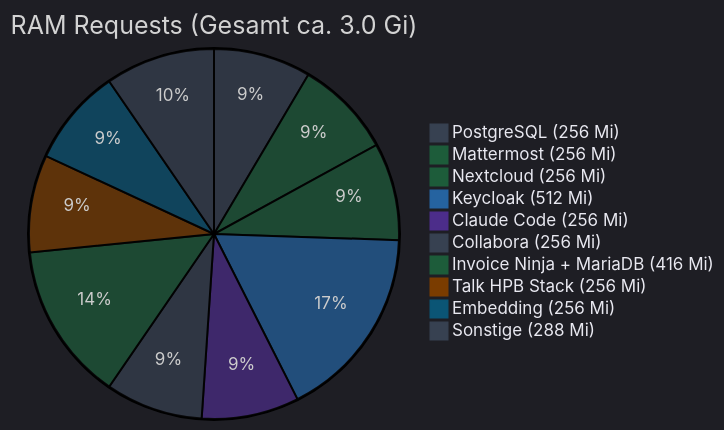
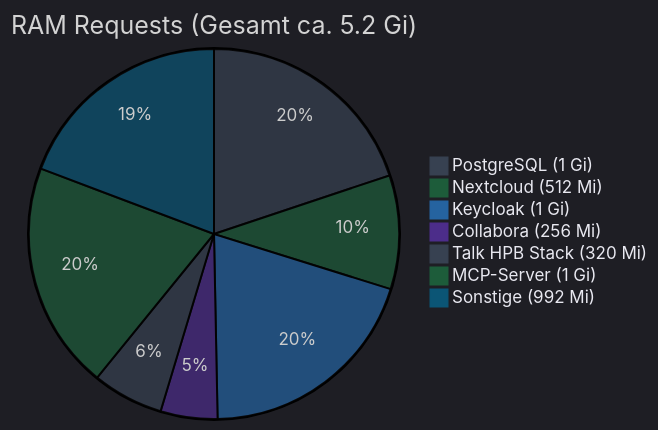
The diagram in docs/services.md (Paddione/Bachelorprojekt), drawn with Mermaid before and after one commit. The commit also changed other lines of this file and 108 other files, not shown here.

First line of the commit message:
chore: infrastructure drift cleanup — remove Prometheus/Grafana, Mattermost, InvoiceNinja, and embedding stale refs (#158)

````diff
--- a/docs/services.md
+++ b/docs/services.md
@@ -330,14 +287,11 @@
 ```mermaid
-%%{init: {'theme': 'dark', 'themeVariables': {'background': '#1a2235', 'mainBkg': '#1a2235', 'pie1': '#374151', 'pie2': '#1d5c3a', 'pie3': '#1d5c3a', 'pie4': '#2563a0', 'pie5': '#4c2d8a', 'pie6': '#374151', 'pie7': '#1d5c3a', 'pie8': '#7a3c00', 'pie9': '#0b5575', 'pie10': '#374151', 'pieTextColor': '#e8e8f0', 'pieLegendTextColor': '#e8e8f0', 'pieLabelTextColor': '#e8e8f0'}}}%%
-pie title RAM Requests (Gesamt ca. 3.0 Gi)
-    "PostgreSQL (256 Mi)" : 256
-    "Mattermost (256 Mi)" : 256
-    "Nextcloud (256 Mi)" : 256
-    "Keycloak (512 Mi)" : 512
-    "Claude Code (256 Mi)" : 256
+%%{init: {'theme': 'dark', 'themeVariables': {'background': '#1a2235', 'mainBkg': '#1a2235', 'pie1': '#374151', 'pie2': '#1d5c3a', 'pie3': '#2563a0', 'pie4': '#4c2d8a', 'pie5': '#374151', 'pie6': '#1d5c3a', 'pie7': '#0b5575', 'pie8': '#374151', 'pieTextColor': '#e8e8f0', 'pieLegendTextColor': '#e8e8f0', 'pieLabelTextColor': '#e8e8f0'}}}%%
+pie title RAM Requests (Gesamt ca. 5.2 Gi)
+    "PostgreSQL (1 Gi)" : 1024
+    "Nextcloud (512 Mi)" : 512
+    "Keycloak (1 Gi)" : 1024
     "Collabora (256 Mi)" : 256
-    "Invoice Ninja + MariaDB (416 Mi)" : 416
-    "Talk HPB Stack (256 Mi)" : 256
-    "Embedding (256 Mi)" : 256
-    "Sonstige (288 Mi)" : 288
+    "Talk HPB Stack (320 Mi)" : 320
+    "MCP-Server (1 Gi)" : 1024
+    "Sonstige (992 Mi)" : 992
 ```
````
